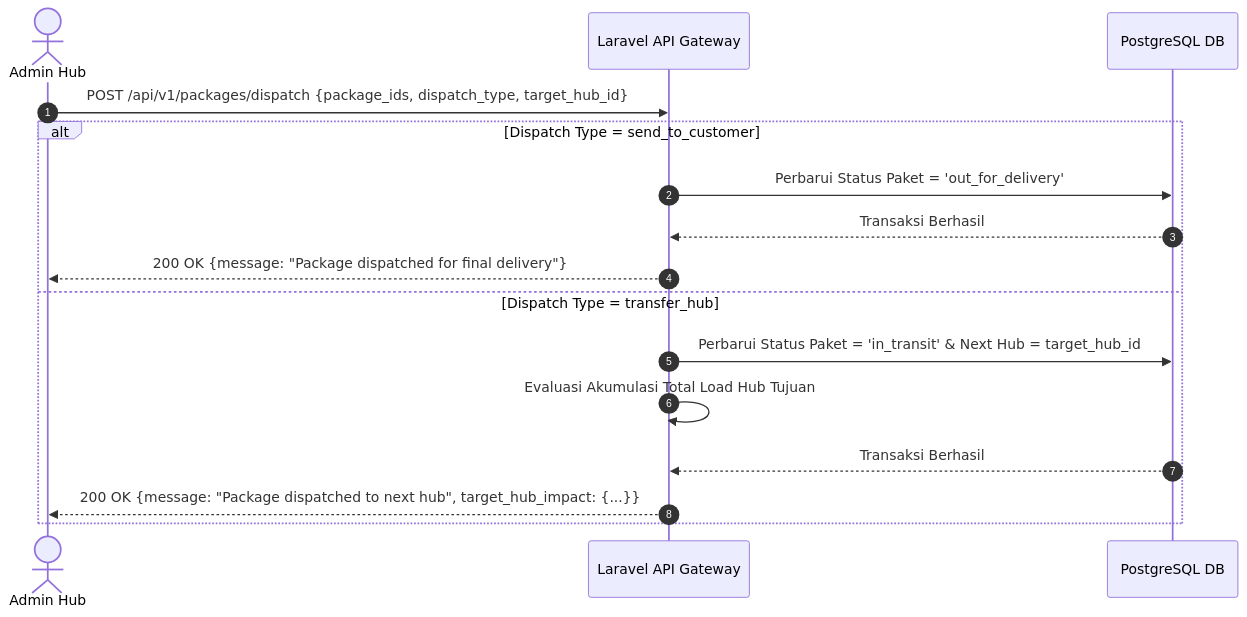
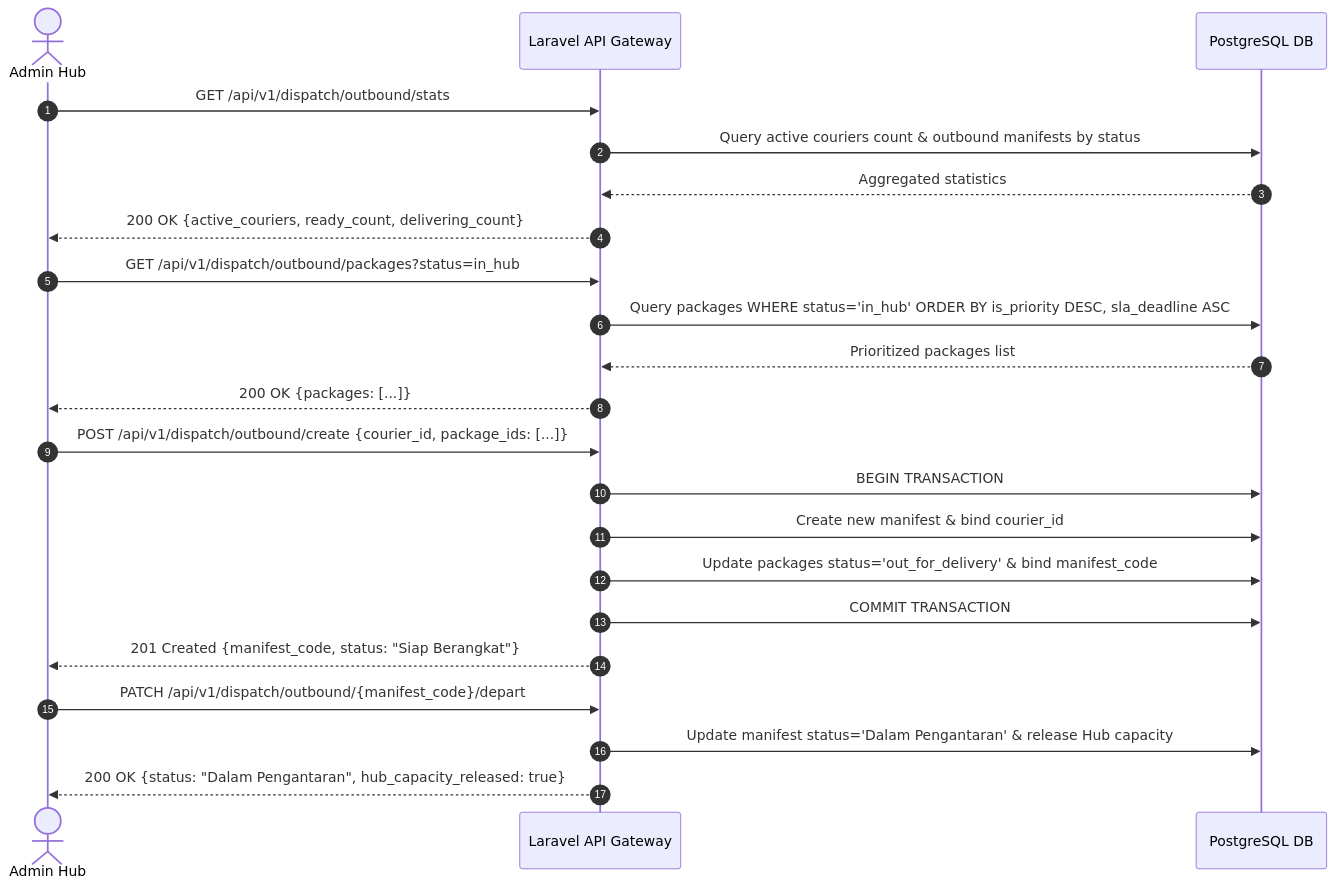
Before and after one commit to AhmadKusumahDEV/anteraja-capstone-muhammad_fatur: the diagram in docs/frd/FRD_F04_Outbound_Dispatch_Action.md, drawn with Mermaid. The commit also changed other lines of this file and 7 other files, not shown here.

Commit message:
updated prd and frd adjustment flow and mvp

````diff
--- a/docs/frd/FRD_F04_Outbound_Dispatch_Action.md
+++ b/docs/frd/FRD_F04_Outbound_Dispatch_Action.md
@@ -21,20 +41,28 @@
 ```mermaid
 sequenceDiagram
     autonumber
     actor Admin as Admin Hub
     participant API as Laravel API Gateway
     participant DB as PostgreSQL DB
 
-    Admin->>API: POST /api/v1/packages/dispatch {package_ids, dispatch_type, target_hub_id}
-    
-    alt Dispatch Type = send_to_customer
-        API->>DB: Perbarui Status Paket = 'out_for_delivery'
-        DB-->>API: Transaksi Berhasil
-        API-->>Admin: 200 OK {message: "Package dispatched for final delivery"}
-    else Dispatch Type = transfer_hub
-        API->>DB: Perbarui Status Paket = 'in_transit' & Next Hub = target_hub_id
-        API->>API: Evaluasi Akumulasi Total Load Hub Tujuan
-        DB-->>API: Transaksi Berhasil
-        API-->>Admin: 200 OK {message: "Package dispatched to next hub", target_hub_impact: {...}}
-    end
+    Admin->>API: GET /api/v1/dispatch/outbound/stats
+    API->>DB: Query active couriers count & outbound manifests by status
+    DB-->>API: Aggregated statistics
+    API-->>Admin: 200 OK {active_couriers, ready_count, delivering_count}
+
+    Admin->>API: GET /api/v1/dispatch/outbound/packages?status=in_hub
+    API->>DB: Query packages WHERE status='in_hub' ORDER BY is_priority DESC, sla_deadline ASC
+    DB-->>API: Prioritized packages list
+    API-->>Admin: 200 OK {packages: [...]}
+
+    Admin->>API: POST /api/v1/dispatch/outbound/create {courier_id, package_ids: [...]}
+    API->>DB: BEGIN TRANSACTION
+    API->>DB: Create new manifest & bind courier_id
+    API->>DB: Update packages status='out_for_delivery' & bind manifest_code
+    API->>DB: COMMIT TRANSACTION
+    API-->>Admin: 201 Created {manifest_code, status: "Siap Berangkat"}
+
+    Admin->>API: PATCH /api/v1/dispatch/outbound/{manifest_code}/depart
+    API->>DB: Update manifest status='Dalam Pengantaran' & release Hub capacity
+    API-->>Admin: 200 OK {status: "Dalam Pengantaran", hub_capacity_released: true}
 ```
````
